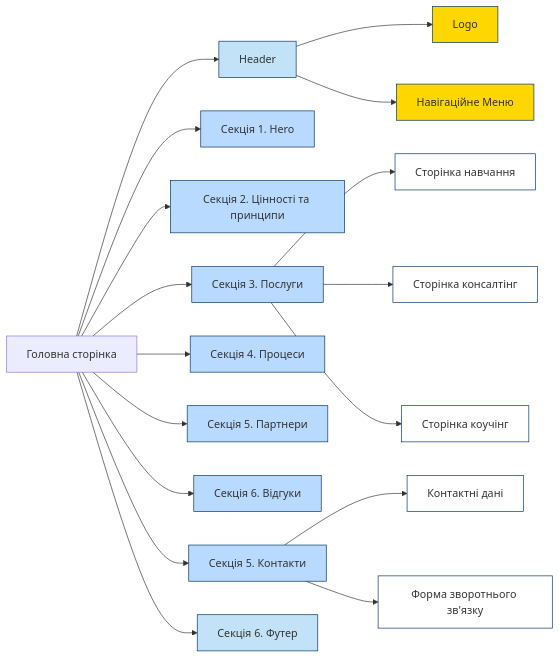
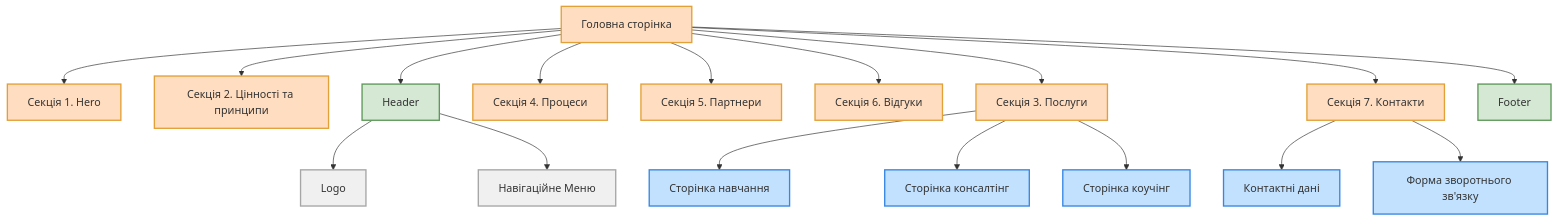
The diagram in README.md (sergio-nezhigay/carptravel), drawn with Mermaid before and after one commit.

````diff
--- a/README.md
+++ b/README.md
@@ -57,37 +57,49 @@
 ```mermaid
-graph LR
+graph TD
+
+  %% Секції
+  style A fill:#FFDDC1, stroke:#E3A036, stroke-width:2px;
+  style C fill:#FFDDC1, stroke:#E3A036, stroke-width:2px;
+  style D fill:#FFDDC1, stroke:#E3A036, stroke-width:2px;
+  style E fill:#FFDDC1, stroke:#E3A036, stroke-width:2px;
+  style F fill:#FFDDC1, stroke:#E3A036, stroke-width:2px;
+  style G fill:#FFDDC1, stroke:#E3A036, stroke-width:2px;
+  style H fill:#FFDDC1, stroke:#E3A036, stroke-width:2px;
+  style I fill:#FFDDC1, stroke:#E3A036, stroke-width:2px;
+
+  %% Хедер і футер
+  style B fill:#D5E8D4, stroke:#5E9959, stroke-width:2px;
+  style L fill:#D5E8D4, stroke:#5E9959, stroke-width:2px;
+
+  %% Сторінки
+  style N fill:#C1E1FF, stroke:#3686E3, stroke-width:2px;
+  style O fill:#C1E1FF, stroke:#3686E3, stroke-width:2px;
+  style P fill:#C1E1FF, stroke:#3686E3, stroke-width:2px;
+  style R fill:#C1E1FF, stroke:#3686E3, stroke-width:2px;
+  style S fill:#C1E1FF, stroke:#3686E3, stroke-width:2px;
+
+  %% Лого і навігаційне меню
+  style J fill:#F0F0F0, stroke:#A6A6A6, stroke-width:2px;
+  style K fill:#F0F0F0, stroke:#A6A6A6, stroke-width:2px;
+
   A[Головна сторінка] --> B[Header]
   A --> C[Секція 1. Hero]
   A --> D[Секція 2. Цінності та принципи]
   A --> E[Секція 3. Послуги]
   A --> F[Секція 4. Процеси]
   A --> G[Секція 5. Партнери]
   A --> H[Секція 6. Відгуки]
-  A --> I[Секція 5. Контакти]
-  A --> L[Секція 6. Футер]
+  A --> I[Секція 7. Контакти]
+  A --> L[Footer]
+
   B --> J[Logo]
   B --> K[Навігаційне Меню]
+
   E --> N[Сторінка навчання]
   E --> O[Сторінка консалтінг]
   E --> P[Сторінка коучінг]
+
   I --> R[Контактні дані]
   I --> S[Форма зворотнього зв'язку]
 
-  style B fill:#c2e3f7,stroke:#036;
-  style C fill:#b8daff,stroke:#036;
-  style D fill:#b8daff,stroke:#036;
-  style E fill:#b8daff,stroke:#036;
-  style F fill:#b8daff,stroke:#036;
-  style G fill:#b8daff,stroke:#036;
-  style H fill:#b8daff,stroke:#036;
-  style I fill:#b8daff,stroke:#036;
-  style L fill:#c2e3f7,stroke:#036;
-  style J fill:#ffd700,stroke:#036;
-  style K fill:#ffd700,stroke:#036;
-  style N fill:#fff,stroke:#036;
-  style O fill:#fff,stroke:#036;
-  style P fill:#fff,stroke:#036;
-  style R fill:#fff,stroke:#036;
-  style S fill:#fff,stroke:#036;
-
 ```
````
